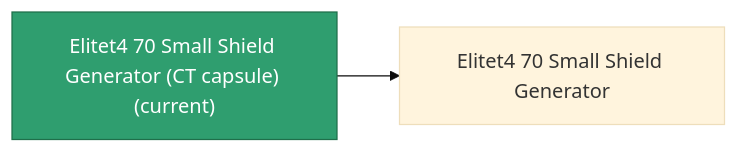
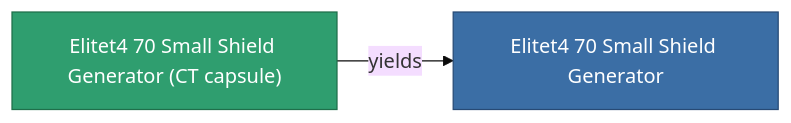
One commit to OpenPerpetuum/Wiki changed the diagram in content/content/items/elitet4_70_small_shield_generator_CT_capsule.md. Above: the diagram before and after it, drawn with Mermaid (base theme). The commit also changed other lines of this file and 2015 other files, not shown here.

````diff
--- a/content/content/items/elitet4_70_small_shield_generator_CT_capsule.md
+++ b/content/content/items/elitet4_70_small_shield_generator_CT_capsule.md
@@ -33,8 +33,9 @@
 ```mermaid
 graph LR
-    a["Elitet4 70 Small Shield Generator (CT capsule) (current)"]:::current
-    b["Elitet4 70 Small Shield Generator"]
-    a --> b
-    click b "/content/items/elitet4-70-small-shield-generator/" "Elitet4 70 Small Shield Generator"
+    a["Elitet4 70 Small Shield Generator (CT capsule)"]:::current
+    b["Elitet4 70 Small Shield Generator"]:::finished
+    a -->|yields| b
+                click b "/content/items/elitet4-70-small-shield-generator/" "Elitet4 70 Small Shield Generator"
     classDef current fill:#2f9e6f,stroke:#1f6f4a,color:#ffffff
+    classDef finished fill:#3b6ea5,stroke:#274a75,color:#ffffff
 ```
````
